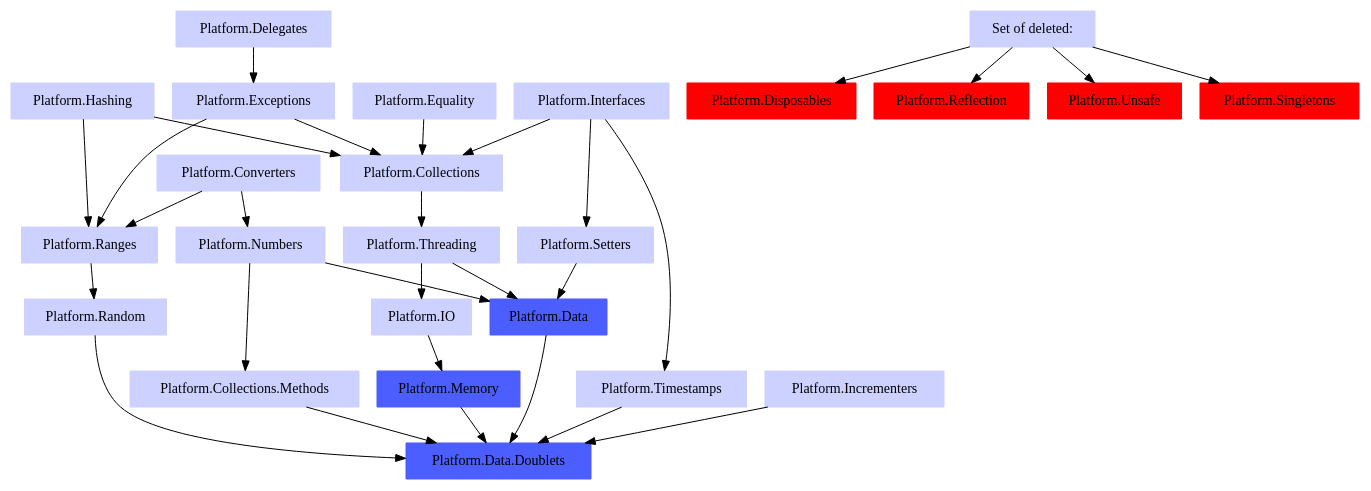
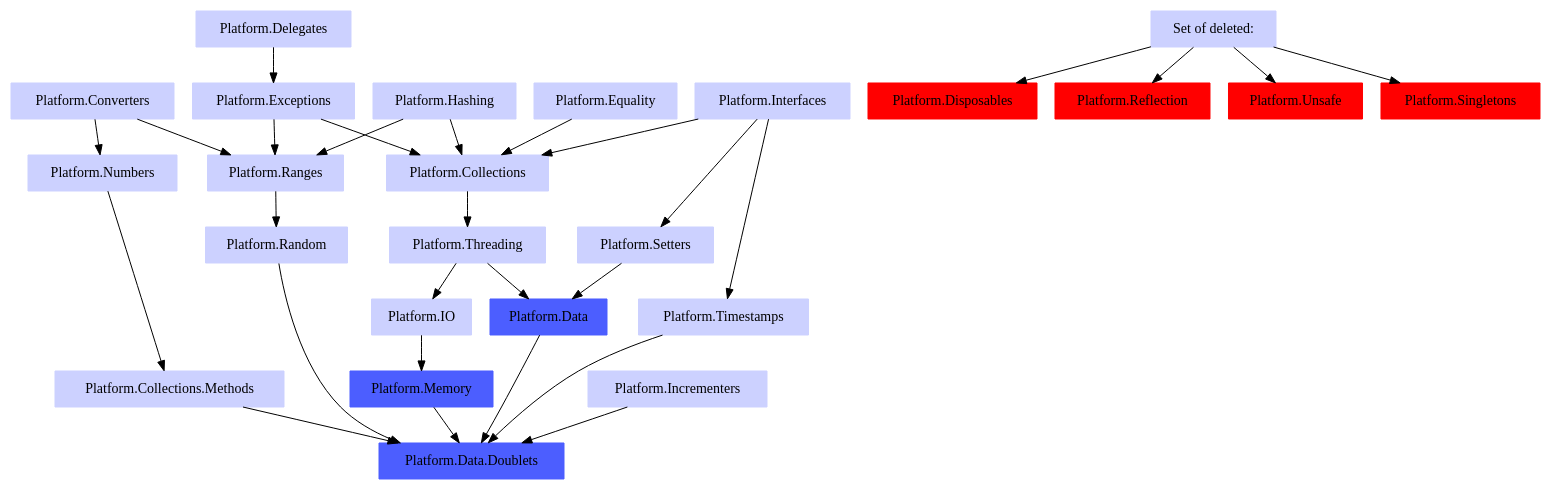
Before and after one commit to linksplatform/Documentation: the diagram in doc/Dependencies/Platform.Data.Doublets.cpp.dot, drawn with Graphviz.

```diff
--- a/doc/Dependencies/Platform.Data.Doublets.cpp.dot
+++ b/doc/Dependencies/Platform.Data.Doublets.cpp.dot
@@ -1,72 +1,74 @@
-digraph PlatformDataDoubletsDependencies {
+digraph PlatformDataDoubletsDependencies 
+{
   node [style=filled, color="0.650 0.200 1.000", shape="rectangle"]
 
 
   "Platform.Delegates" -> "Platform.Exceptions" 
   "Platform.Interfaces" -> "Platform.Collections"
 
   "Platform.Exceptions" -> "Platform.Ranges"
   "Platform.Converters" -> "Platform.Ranges"
   "Platform.Hashing" -> "Platform.Ranges"
   
   "Platform.Exceptions" -> "Platform.Collections"
 
   "Platform.Threading" -> "Platform.IO"
 
   "Platform.Collections" -> "Platform.Threading"
 
   "Platform.Converters" -> "Platform.Numbers"
 
   "Platform.Numbers" -> "Platform.Collections.Methods"
 
   "Platform.Ranges" -> "Platform.Random"
 
   "Platform.Interfaces" -> "Platform.Timestamps"
 
   "Platform.Interfaces" -> "Platform.Setters"
 
   "Platform.IO" -> "Platform.Memory"
 
   "Platform.Threading" -> "Platform.Data"
-  "Platform.Numbers" -> "Platform.Data"
   "Platform.Setters" -> "Platform.Data"
 
+  # "Platform.Random" -> "Platform.Collections" build requires 
   "Platform.Random" -> "Platform.Data.Doublets"
+  
   "Platform.Timestamps" -> "Platform.Data.Doublets"
   "Platform.Collections.Methods" -> "Platform.Data.Doublets"
   "Platform.Memory" -> "Platform.Data.Doublets"
   "Platform.Data" -> "Platform.Data.Doublets"
   "Platform.Incrementers" -> "Platform.Data.Doublets"
 
   "Set of deleted: " -> "Platform.Disposables"
   "Set of deleted: " -> "Platform.Reflection"
   "Set of deleted: " -> "Platform.Unsafe"
   "Set of deleted: " -> "Platform.Singletons"
 
   "Platform.Hashing" -> "Platform.Collections"
   "Platform.Equality" -> "Platform.Collections"
 
   "Platform.Hashing" [href="https://github.com/linksplatform/Hashing"]
   "Platform.Equality" [href="https://github.com/linksplatform/Equality"]
   "Platform.Delegates" [href="https://github.com/linksplatform/Delegates"]
   "Platform.Exceptions" [href="https://github.com/linksplatform/Exceptions"]
   "Platform.Disposables" [color="1.000 1.000 1.000", href="https://github.com/linksplatform/Disposables"]
   "Platform.Unsafe" [color="1.000 1.000 1.000", href="https://github.com/linksplatform/Unsafe"]
   "Platform.Collections" [href="https://github.com/linksplatform/Collections"]
   "Platform.Converters" [href="https://github.com/linksplatform/Converters"]
   "Platform.Ranges" [href="https://github.com/linksplatform/Ranges"]
   "Platform.Interfaces" [href="https://github.com/linksplatform/Interfaces"]
   "Platform.Incrementers" [href="https://github.com/linksplatform/Incrementers"]
   "Platform.Reflection" [color="1.000 1.000 1.000", href="https://github.com/linksplatform/Reflection"]
   "Platform.IO" [href="https://github.com/linksplatform/IO"]
   "Platform.Threading" [href="https://github.com/linksplatform/Threading"]
   "Platform.Numbers" [href="https://github.com/linksplatform/Numbers"]
   "Platform.Setters" [href="https://github.com/linksplatform/Setters"]
   "Platform.Random" [href="https://github.com/linksplatform/Random"]
   "Platform.Timestamps" [href="https://github.com/linksplatform/Timestamps"]
   "Platform.Collections.Methods" [href="https://github.com/linksplatform/Collections.Methods"]
   "Platform.Singletons" [color="1.000 1.000 1.000", href="https://github.com/linksplatform/Singletons"]
   "Platform.Memory" [color="0.650 0.700 1.000", href="https://github.com/linksplatform/Memory"]
   "Platform.Data" [color="0.650 0.700 1.000", href="https://github.com/linksplatform/Data"]
   "Platform.Data.Doublets" [color="0.650 0.700 1.000", style=filled, href="https://github.com/linksplatform/Data.Doublets"]
 }
```
